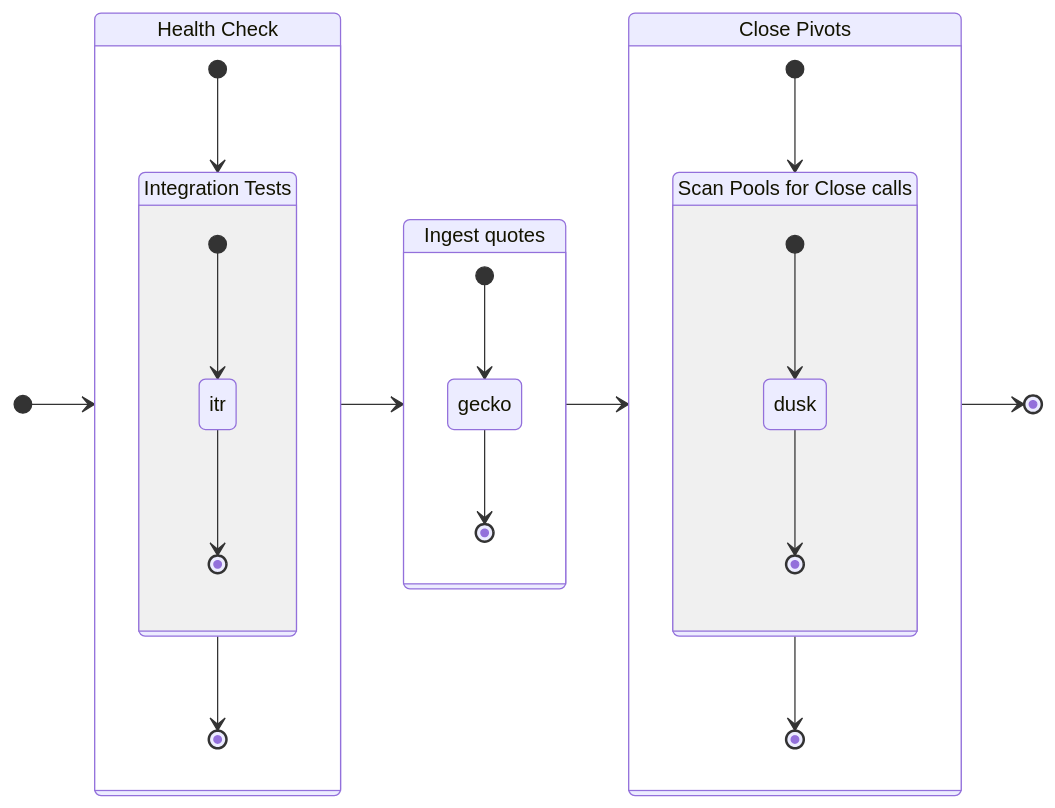
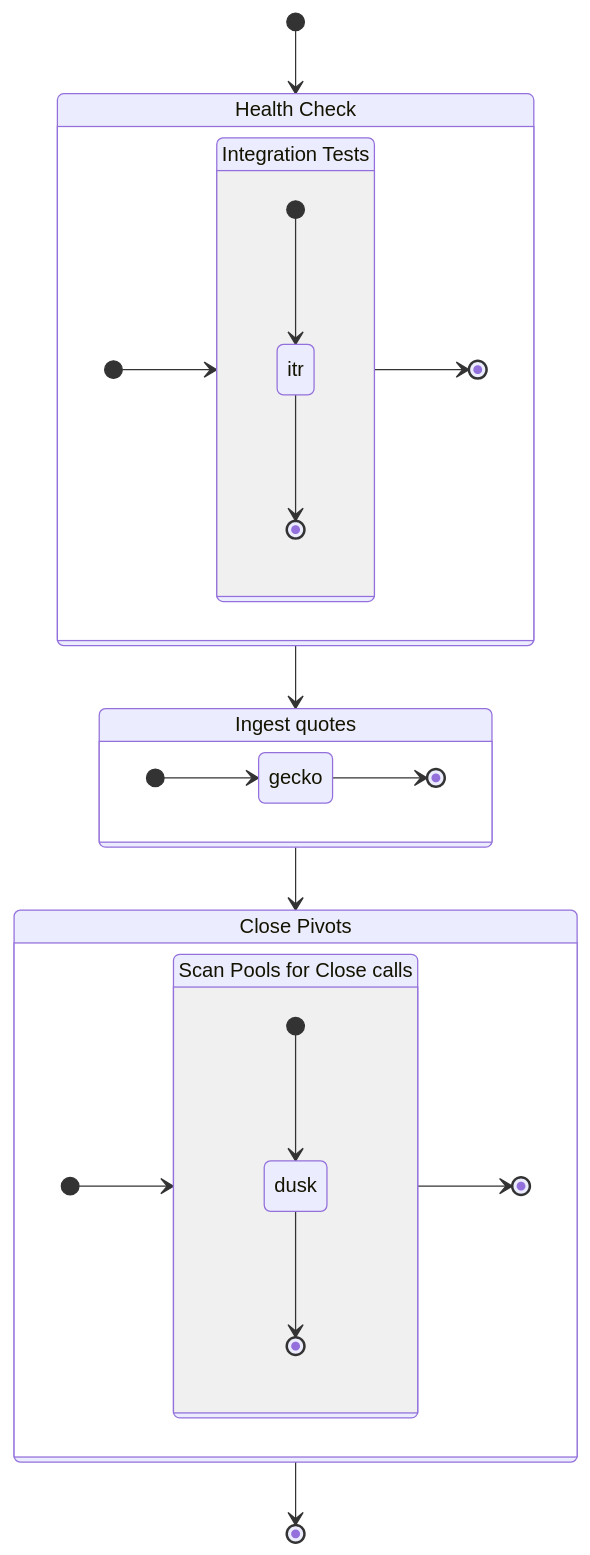
The diagram in dapps/README.md (pivoteur/protocol), drawn with Mermaid before and after one commit.

Commit message:
trying different flow on state-diagram

````diff
--- a/dapps/README.md
+++ b/dapps/README.md
@@ -5,38 +5,40 @@
 ```mermaid
 stateDiagram-v2
-   direction LR
    [*] --> Tests
    Tests --> Quotes
    Quotes --> Closes
    Closes --> [*]
 
    Tests: Health Check
    state Tests {
+      direction LR
       [*] --> Integration
       Integration --> [*]
 
       Integration: Integration Tests
       state Integration {
          [*] --> itr
          itr --> [*]
       }
    }
 
    Quotes: Ingest quotes
    state Quotes {
+      direction LR
       [*] --> gecko
       gecko --> [*]
    }
 
    Closes: Close Pivots
    state Closes {
+      direction LR
       [*] --> Scan
       Scan --> [*]
 
       Scan: Scan Pools for Close calls
       state Scan {
          [*] --> dusk
          dusk --> [*]
       }
    }
 ```
````
